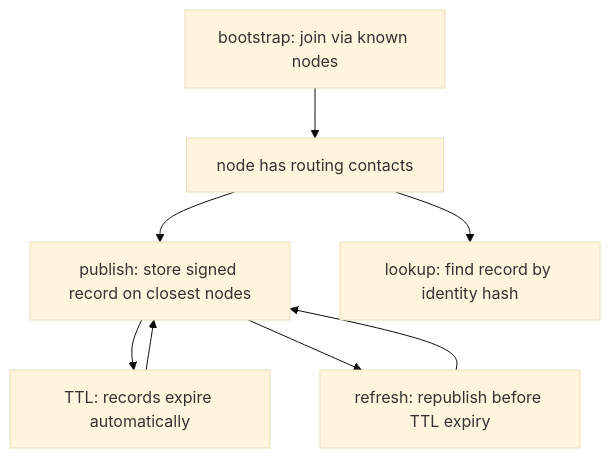
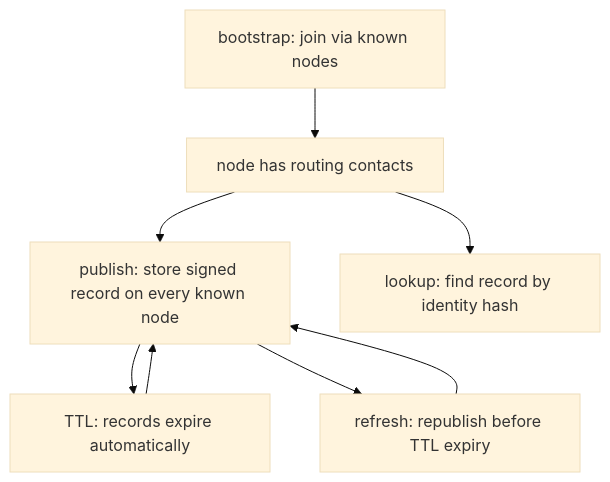
Before and after one commit to 0xAsghar/vMessenger: the second of 2 diagrams in docs/DHT.md, drawn with Mermaid (base theme). The commit also changed other lines of this file and 16 other files, not shown here.

````diff
--- a/docs/DHT.md
+++ b/docs/DHT.md
@@ -81,10 +84,10 @@
 ```mermaid
 flowchart TD
   Boot["bootstrap: join via known nodes"] --> Ready["node has routing contacts"]
-  Ready --> Pub["publish: store signed record on closest nodes"]
+  Ready --> Pub["publish: store signed record on every known node"]
   Ready --> Look["lookup: find record by identity hash"]
   Pub --> TTL["TTL: records expire automatically"]
   Pub --> Refresh["refresh: republish before TTL expiry"]
   TTL --> Pub
   Refresh --> Pub
 ```
````
